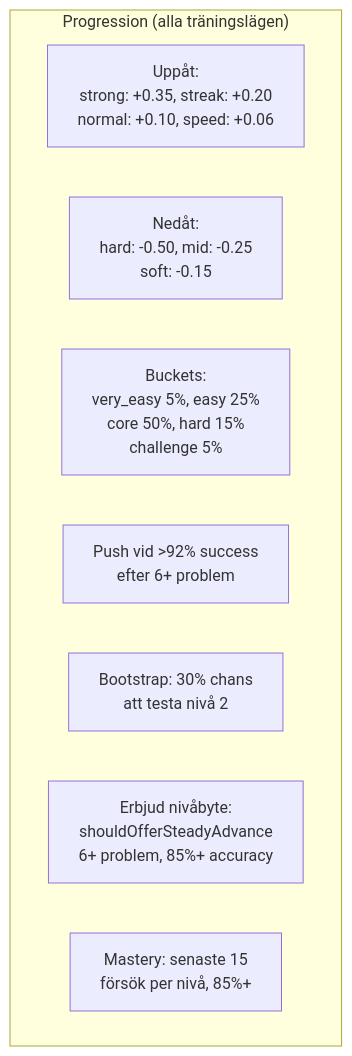
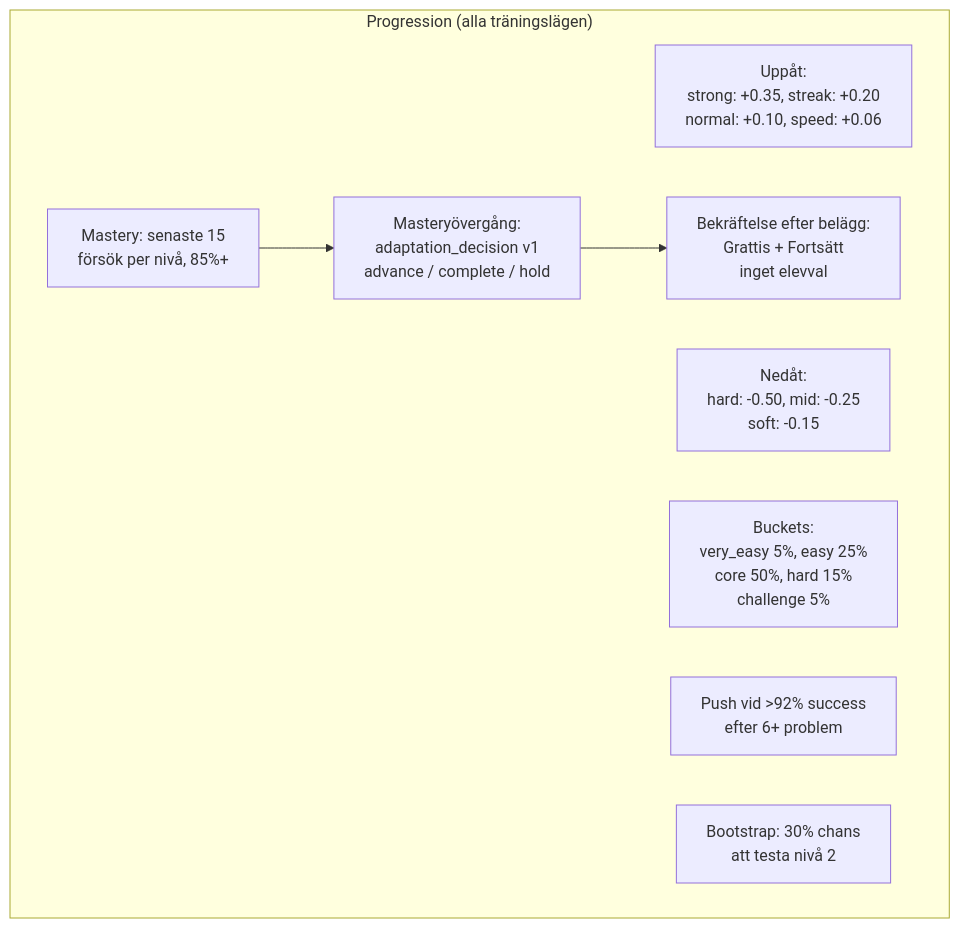
One commit to ximonse/sequential_math changed diagram 13 of 13 in docs/data-flow.md. Above: the diagram before and after it, drawn with Mermaid. The commit also changed other lines of this file and 28 other files, not shown here.

````diff
--- a/docs/data-flow.md
+++ b/docs/data-flow.md
@@ -578,12 +574,14 @@
 ```mermaid
 graph TB
     subgraph Progression ["Progression (alla träningslägen)"]
         P_Up["Uppåt:<br/>strong: +0.35, streak: +0.20<br/>normal: +0.10, speed: +0.06"]
         P_Down["Nedåt:<br/>hard: -0.50, mid: -0.25<br/>soft: -0.15"]
         P_Bucket["Buckets:<br/>very_easy 5%, easy 25%<br/>core 50%, hard 15%<br/>challenge 5%"]
         P_Push["Push vid >92% success<br/>efter 6+ problem"]
         P_Boot["Bootstrap: 30% chans<br/>att testa nivå 2"]
-        P_Advance["Erbjud nivåbyte:<br/>shouldOfferSteadyAdvance<br/>6+ problem, 85%+ accuracy"]
         P_Mastery["Mastery: senaste 15<br/>försök per nivå, 85%+"]
+        P_Decision["Masteryövergång:<br/>adaptation_decision v1<br/>advance / complete / hold"]
+        P_Confirm["Bekräftelse efter belägg:<br/>Grattis + Fortsätt<br/>inget elevval"]
+        P_Mastery --> P_Decision --> P_Confirm
     end
 ```
````
